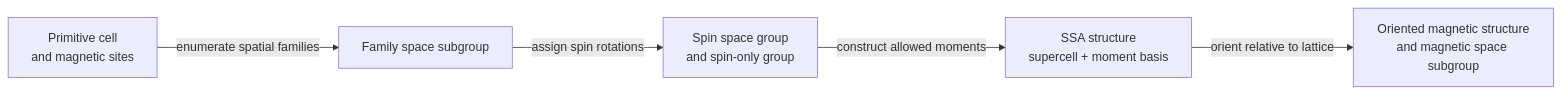
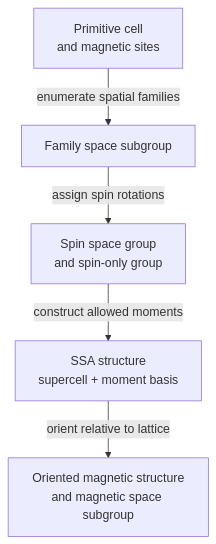
The diagram in docs/domain-model.md (spglib/spinforge), drawn with Mermaid before and after one commit. The commit also changed other lines of this file, not shown here.

````diff
--- a/docs/domain-model.md
+++ b/docs/domain-model.md
@@ -17,13 +19,13 @@
 ``` mermaid
-flowchart LR
+flowchart TB
     A[Primitive cell<br/>and magnetic sites]
     B[Family space subgroup]
     C[Spin space group<br/>and spin-only group]
     D[SSA structure<br/>supercell + moment basis]
     E[Oriented magnetic structure<br/>and magnetic space subgroup]
 
     A -->|enumerate spatial families| B
     B -->|assign spin rotations| C
     C -->|construct allowed moments| D
     D -->|orient relative to lattice| E
 ```
````
